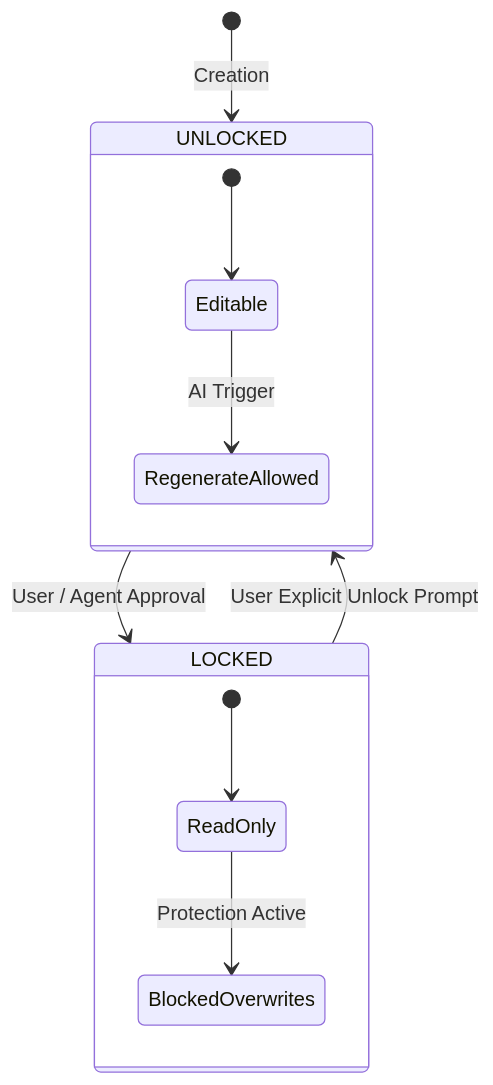
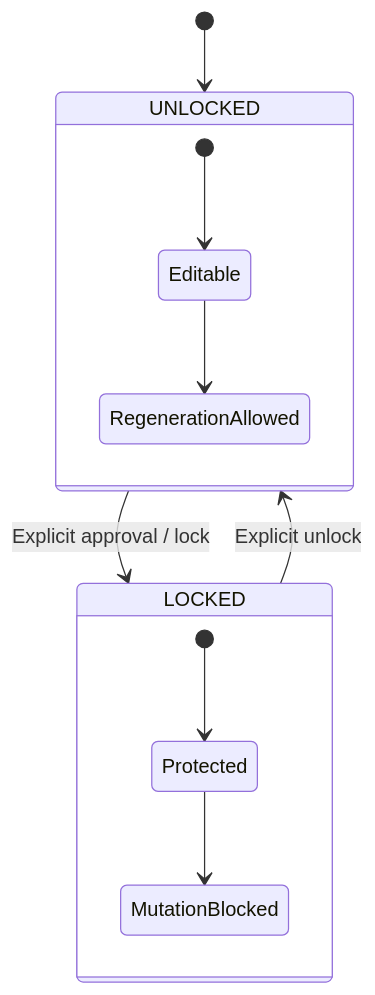
Before and after one commit to rebootob/Orbis-Video-Studio-AI: the diagram in project-docs/30_PRODUCT/SCENE_SHOT_MODEL.md, drawn with Mermaid. The commit also changed other lines of this file, not shown here.

````diff
--- a/project-docs/30_PRODUCT/SCENE_SHOT_MODEL.md
+++ b/project-docs/30_PRODUCT/SCENE_SHOT_MODEL.md
@@ -40,16 +48,16 @@
 ```mermaid
 stateDiagram-v2
-    [*] --> UNLOCKED: Creation
-    UNLOCKED --> LOCKED: User / Agent Approval
-    LOCKED --> UNLOCKED: User Explicit Unlock Prompt
-    
+    [*] --> UNLOCKED
+    UNLOCKED --> LOCKED: Explicit approval / lock
+    LOCKED --> UNLOCKED: Explicit unlock
+
     state UNLOCKED {
         [*] --> Editable
-        Editable --> RegenerateAllowed: AI Trigger
+        Editable --> RegenerationAllowed
     }
-    
+
     state LOCKED {
-        [*] --> ReadOnly
-        ReadOnly --> BlockedOverwrites: Protection Active
+        [*] --> Protected
+        Protected --> MutationBlocked
     }
 ```
````
